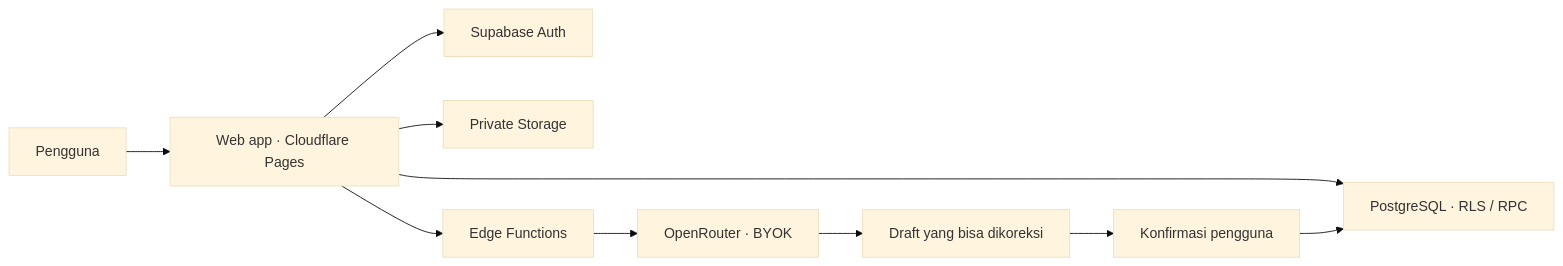
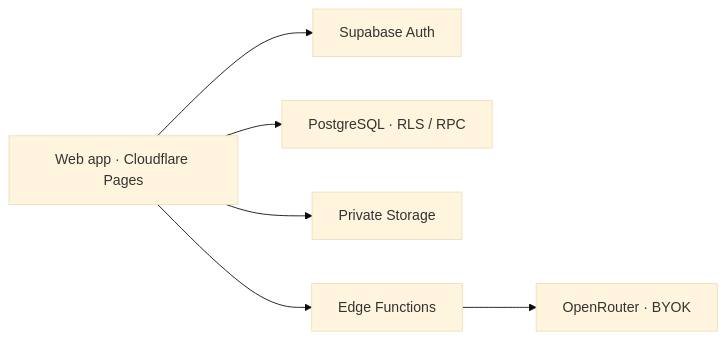
One commit to huseinrosidstilllearn/masuk-saku changed the diagram in README.md. Above: the diagram before and after it, drawn with Mermaid (base theme). The commit also changed other lines of this file and 21 other files, not shown here.

````diff
--- a/README.md
+++ b/README.md
@@ -57,12 +79,8 @@
 ```mermaid
 flowchart LR
-  User[Pengguna] --> Web[Web app · Cloudflare Pages]
-  Web --> Auth[Supabase Auth]
-  Web --> DB[PostgreSQL · RLS / RPC]
-  Web --> Storage[Private Storage]
+  Web[Web app · Cloudflare Pages] --> Auth[Supabase Auth]
+  Web --> Data[PostgreSQL · RLS / RPC]
+  Web --> Files[Private Storage]
   Web --> Edge[Edge Functions]
   Edge --> AI[OpenRouter · BYOK]
-  AI --> Draft[Draft yang bisa dikoreksi]
-  Draft --> Review[Konfirmasi pengguna]
-  Review --> DB
 ```
````
